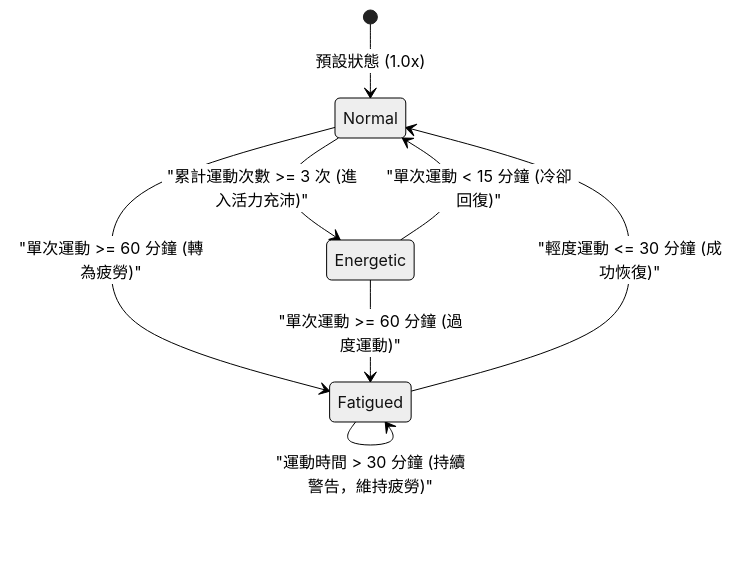
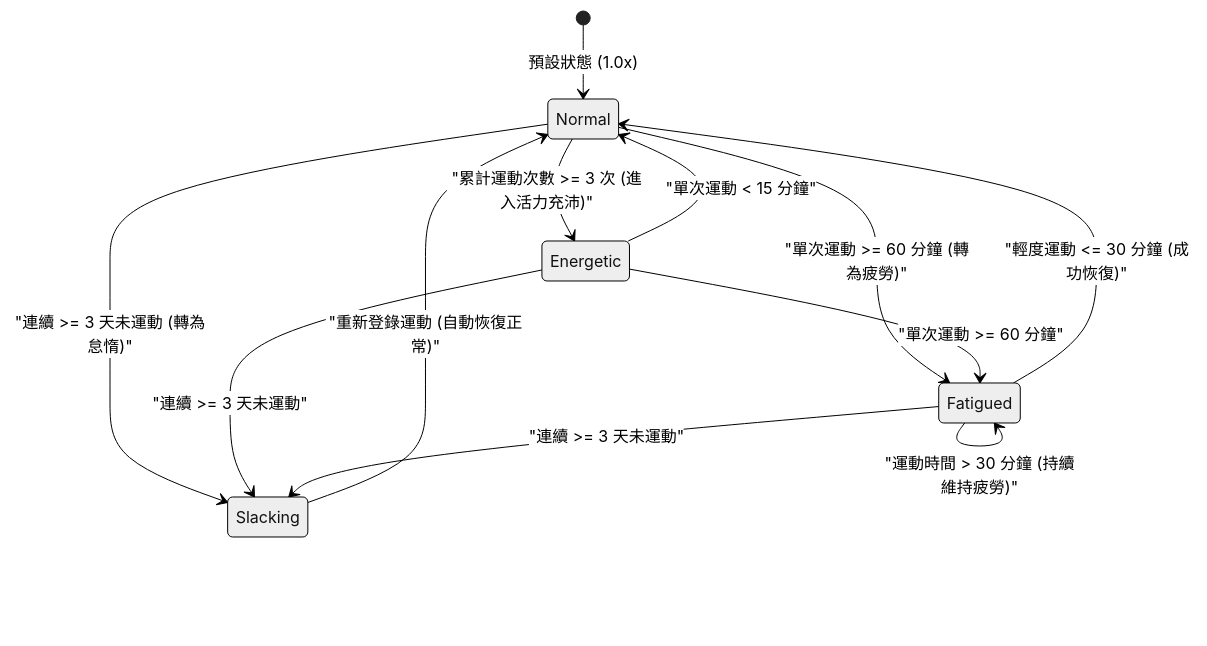
The second of 3 diagrams in AI_PRESENTATION_ARCHITECTURE.md (DLZQW/swfwfinalproj), drawn with Mermaid (neutral theme) before and after one commit. The commit also changed other lines of this file and 1 other file, not shown here.

````diff
--- a/AI_PRESENTATION_ARCHITECTURE.md
+++ b/AI_PRESENTATION_ARCHITECTURE.md
@@ -115,12 +127,17 @@
 ```mermaid
 stateDiagram-v2
     [*] --> Normal : 預設狀態 (1.0x)
     Normal --> Fatigued : "單次運動 >= 60 分鐘 (轉為疲勞)"
     Normal --> Energetic : "累計運動次數 >= 3 次 (進入活力充沛)"
+    Normal --> Slacking : "連續 >= 3 天未運動 (轉為怠惰)"
     
-    Energetic --> Fatigued : "單次運動 >= 60 分鐘 (過度運動)"
-    Energetic --> Normal : "單次運動 < 15 分鐘 (冷卻回復)"
+    Energetic --> Fatigued : "單次運動 >= 60 分鐘"
+    Energetic --> Normal : "單次運動 < 15 分鐘"
+    Energetic --> Slacking : "連續 >= 3 天未運動"
     
     Fatigued --> Normal : "輕度運動 <= 30 分鐘 (成功恢復)"
-    Fatigued --> Fatigued : "運動時間 > 30 分鐘 (持續警告，維持疲勞)"
+    Fatigued --> Fatigued : "運動時間 > 30 分鐘 (持續維持疲勞)"
+    Fatigued --> Slacking : "連續 >= 3 天未運動"
+    
+    Slacking --> Normal : "重新登錄運動 (自動恢復正常)"
 ```
````
